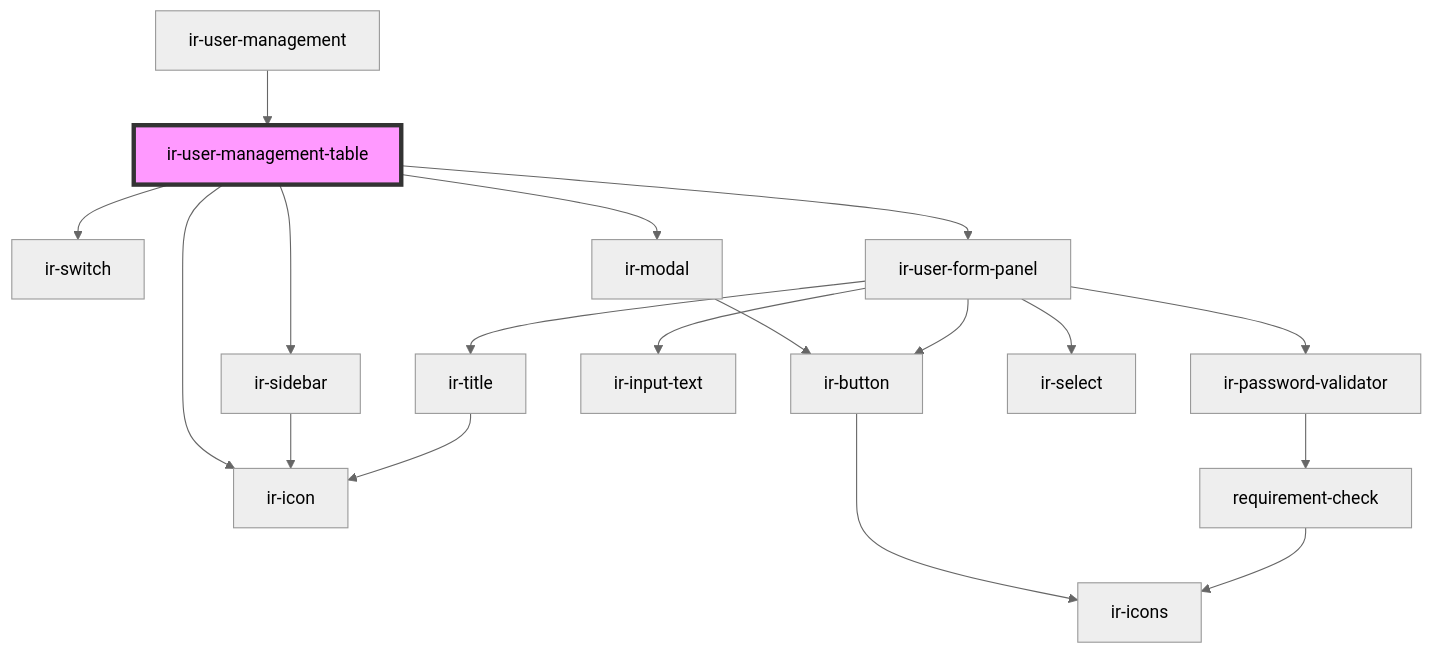
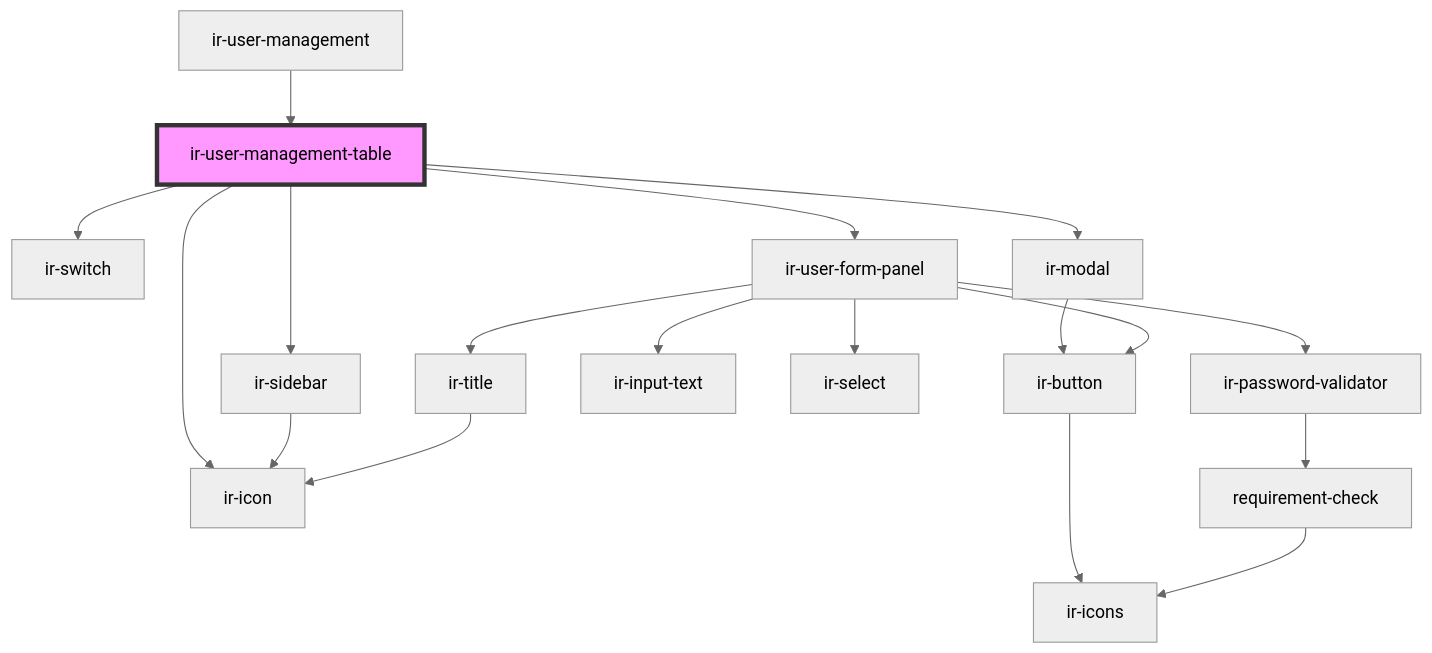
One commit to David1Chowaifaty/modified-ir-webcmp changed the diagram in src/components/ir-user-management/ir-user-management-table/readme.md. Above: the diagram before and after it, drawn with Mermaid (neutral theme). The commit also changed other lines of this file and 3 other files, not shown here.

````diff
--- a/src/components/ir-user-management/ir-user-management-table/readme.md
+++ b/src/components/ir-user-management/ir-user-management-table/readme.md
@@ -38,21 +38,21 @@
 ```mermaid
 graph TD;
   ir-user-management-table --> ir-icon
   ir-user-management-table --> ir-switch
   ir-user-management-table --> ir-sidebar
   ir-user-management-table --> ir-modal
   ir-user-management-table --> ir-user-form-panel
   ir-sidebar --> ir-icon
   ir-modal --> ir-button
   ir-button --> ir-icons
   ir-user-form-panel --> ir-title
   ir-user-form-panel --> ir-input-text
+  ir-user-form-panel --> ir-select
   ir-user-form-panel --> ir-password-validator
-  ir-user-form-panel --> ir-select
   ir-user-form-panel --> ir-button
   ir-title --> ir-icon
   ir-password-validator --> requirement-check
   requirement-check --> ir-icons
   ir-user-management --> ir-user-management-table
   style ir-user-management-table fill:#f9f,stroke:#333,stroke-width:4px
 ```
````
